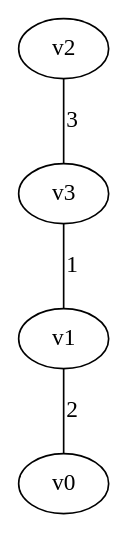
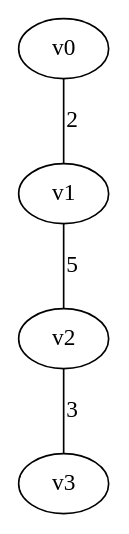
Before and after one commit to japie1235813/Algo_PA3: the diagram in outputs/gn4_dfs_2.dot, drawn with Graphviz. The commit also changed 5 other files, not shown here.

```diff
--- a/outputs/gn4_dfs_2.dot
+++ b/outputs/gn4_dfs_2.dot
@@ -1,5 +1,5 @@
 graph gn4_dfs {
-v2 -- v3 [label = 3];
-v3 -- v1 [label = 1];
-v1 -- v0 [label = 2];
+v0 -- v1 [label = "2"];
+v1 -- v2 [label = "5"];
+v2 -- v3 [label = "3"];
 }
```
